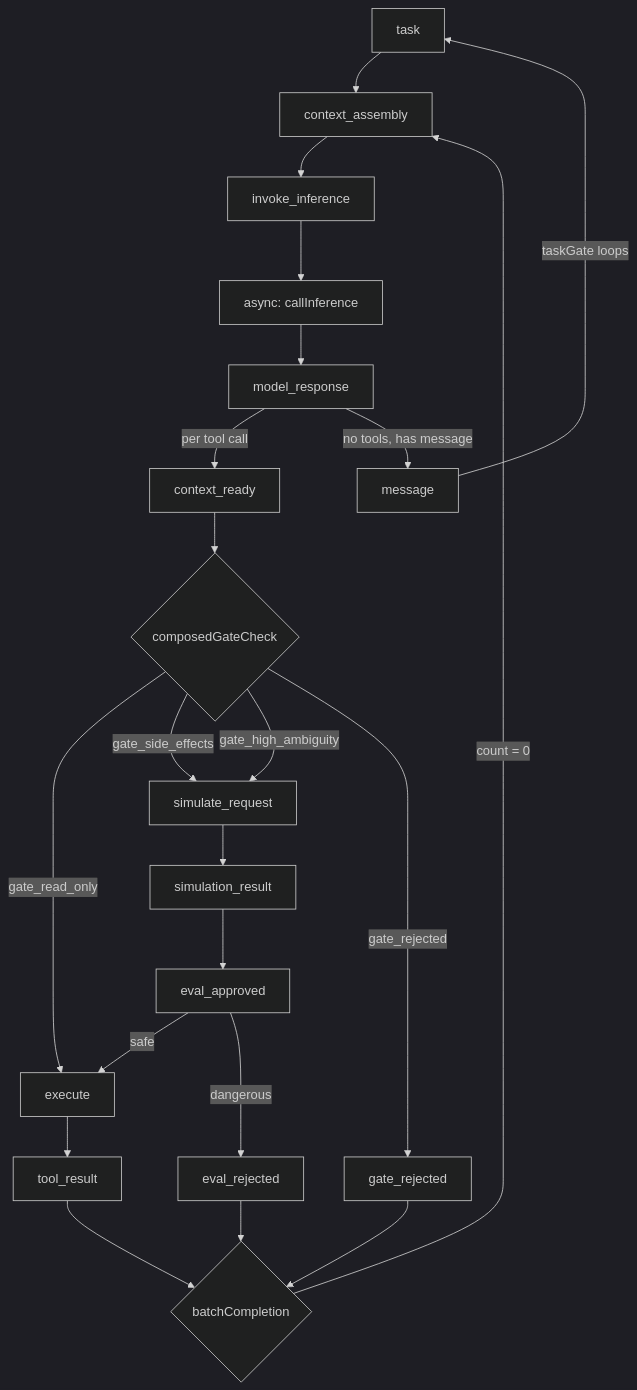
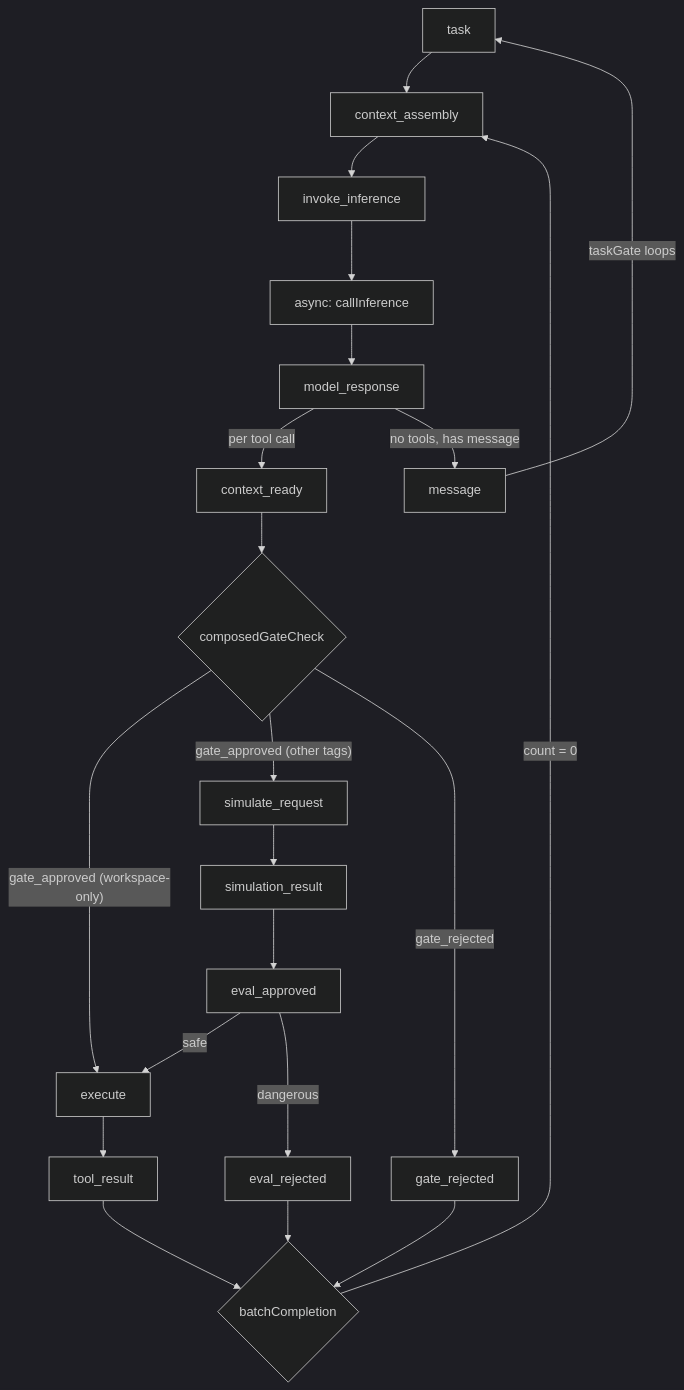
One commit to plaited/plaited changed the second of 3 diagrams in docs/AGENT-LOOP.md. Above: the diagram before and after it, drawn with Mermaid (dark theme). The commit also changed other lines of this file and 4 other files, not shown here.

````diff
--- a/docs/AGENT-LOOP.md
+++ b/docs/AGENT-LOOP.md
@@ -65,24 +65,23 @@
 ```mermaid
 graph TD
     TASK[task] --> CA[context_assembly]
     CA --> INV[invoke_inference]
     INV --> INF[async: callInference]
     INF --> MR[model_response]
     MR -->|per tool call| CR[context_ready]
     CR --> GATE{composedGateCheck}
-    GATE -->|gate_read_only| EXEC[execute]
-    GATE -->|gate_side_effects| SIM[simulate_request]
-    GATE -->|gate_high_ambiguity| SIM
+    GATE -->|"gate_approved (workspace-only)"| EXEC[execute]
+    GATE -->|"gate_approved (other tags)"| SIM[simulate_request]
     GATE -->|gate_rejected| GR[gate_rejected]
     SIM --> SR[simulation_result]
     SR --> EA[eval_approved]
     EA -->|safe| EXEC
     EA -->|dangerous| ER[eval_rejected]
     EXEC --> TR[tool_result]
     GR --> BC{batchCompletion}
     ER --> BC
     TR --> BC
     BC -->|count = 0| CA
     MR -->|no tools, has message| MSG[message]
     MSG -->|taskGate loops| TASK
 ```
````
